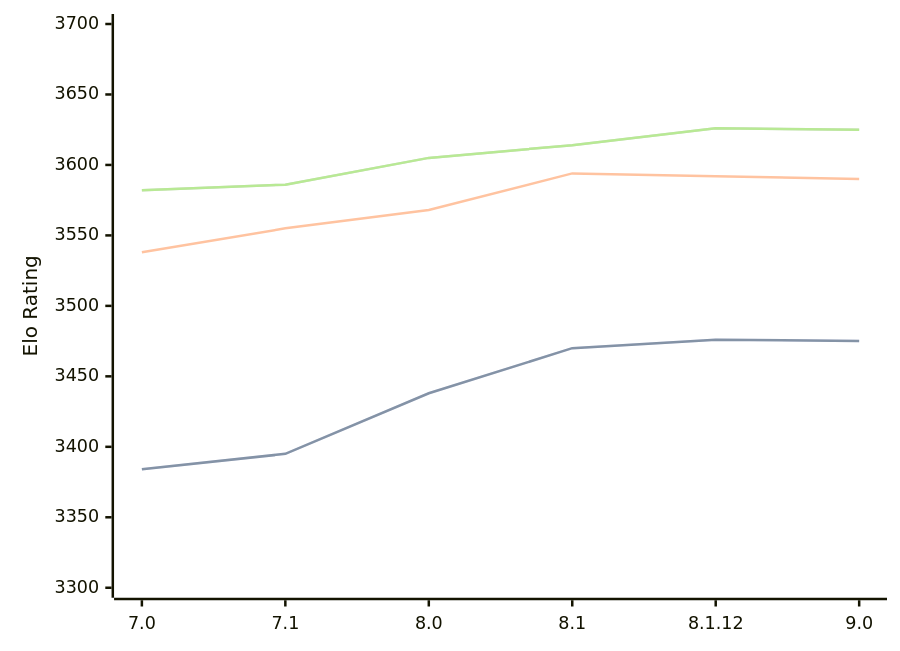
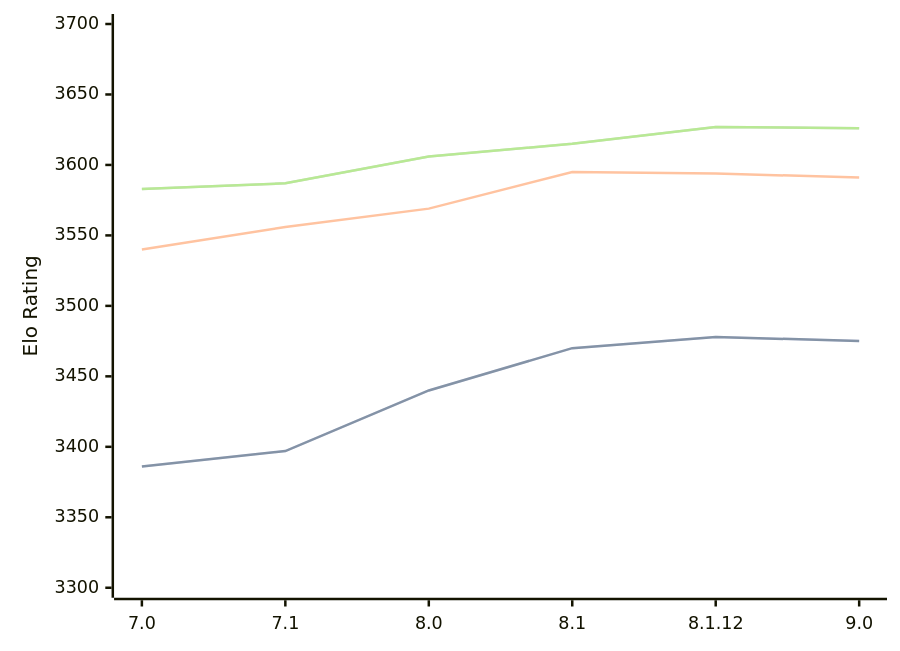
Before and after one commit to computer-chess-index/cci: the diagram in engines/Alexandria.md, drawn with Mermaid. The commit also changed other lines of this file, not shown here.

Commit message:
Update CCI Ratings (ELO VLTC) - 2026-05-16

````diff
--- a/engines/Alexandria.md
+++ b/engines/Alexandria.md
@@ -55,11 +55,11 @@
 ```mermaid
 %%{init: {"theme":"base","themeVariables":{"seriesColors:['#a3a3a3','#222221','#faa371']}}}%%
 xychart-beta
   x-axis ["7.0", "7.1", "8.0", "8.1", "8.1.12", "9.0"]
   y-axis "Elo Rating" 3300 --> 3700
-  line "STC (8.0+0.08s)" [3384, 3395, 3438, 3470, 3476, 3475]
-  line "STC (8.0+0.08s)" [3384, 3395, 3438, 3470, 3476, 3475]
-  line "LTC (60.0+0.60s)" [3538, 3555, 3568, 3594, 3592, 3590]
-  line "VLTC (2m24s+1.12s)" [3582, 3586, 3605, 3614, 3626, 3625]
-  line "VLTC (2m24s+1.12s)" [3582, 3586, 3605, 3614, 3626, 3625]
+  line "STC (8.0+0.08s)" [3386, 3397, 3440, 3470, 3478, 3475]
+  line "STC (8.0+0.08s)" [3386, 3397, 3440, 3470, 3478, 3475]
+  line "LTC (60.0+0.60s)" [3540, 3556, 3569, 3595, 3594, 3591]
+  line "VLTC (2m24s+1.12s)" [3583, 3587, 3606, 3615, 3627, 3626]
+  line "VLTC (2m24s+1.12s)" [3583, 3587, 3606, 3615, 3627, 3626]
 ```
````
